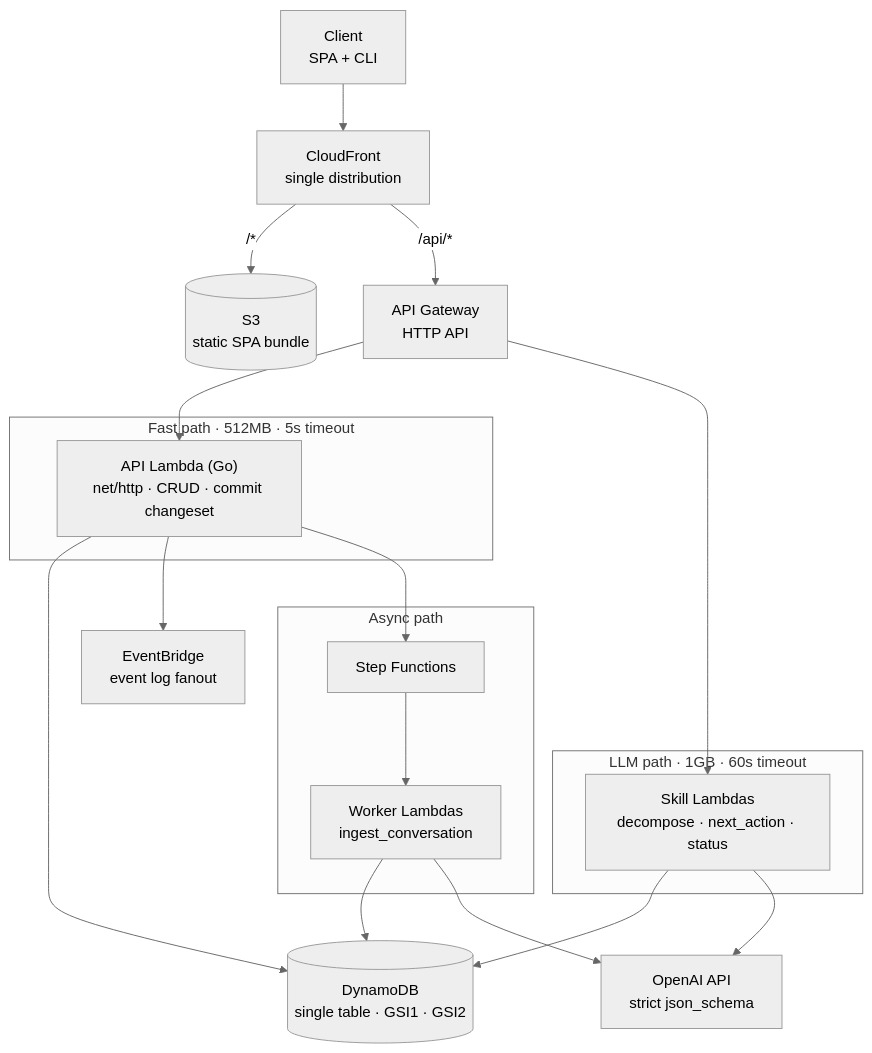
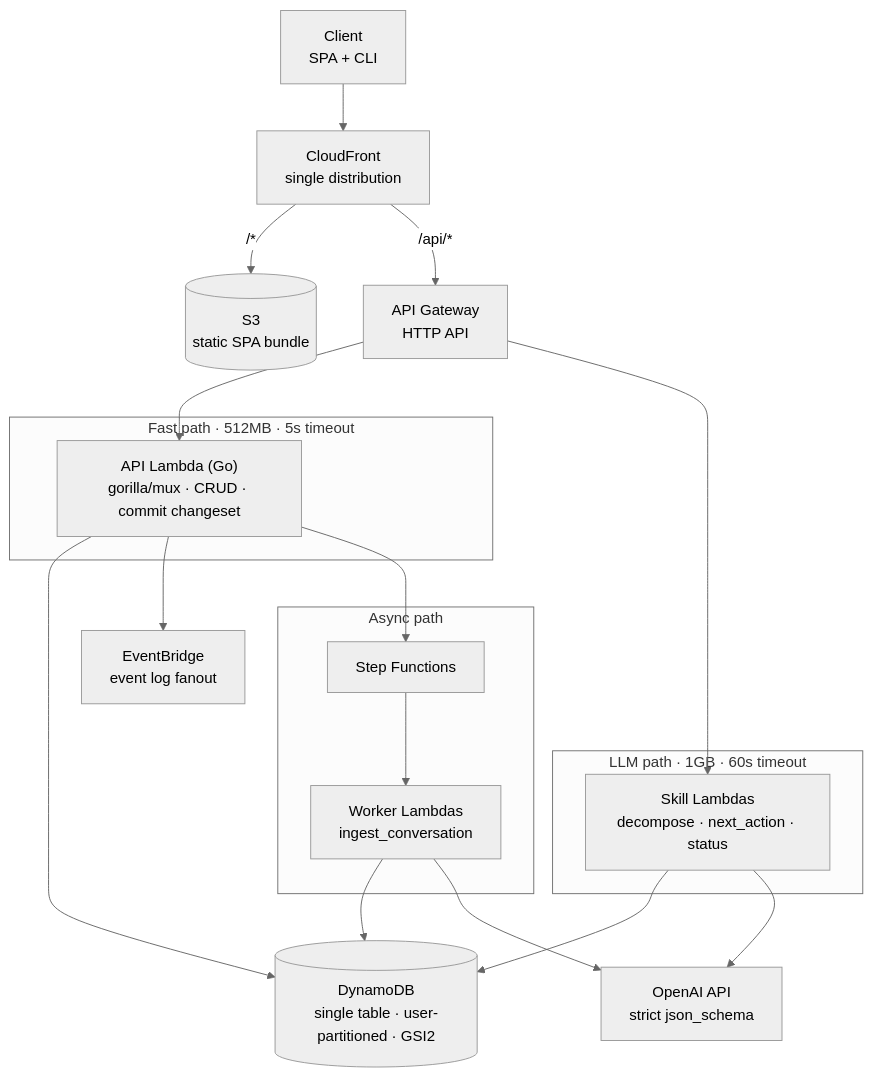
One commit to esvarez/lucas-assist changed the first of 2 diagrams in architecture.md. Above: the diagram before and after it, drawn with Mermaid (neutral theme). The commit also changed other lines of this file and 5 other files, not shown here.

````diff
--- a/architecture.md
+++ b/architecture.md
@@ -11,37 +11,37 @@
 ```mermaid
 flowchart TB
     Client["Client<br/>SPA + CLI"]
     CF["CloudFront<br/>single distribution"]
     S3[("S3<br/>static SPA bundle")]
     APIGW["API Gateway<br/>HTTP API"]
 
     Client --> CF
     CF -->|"/*"| S3
     CF -->|"/api/*"| APIGW
     APIGW --> API
     APIGW --> Skills
 
     subgraph fast["Fast path · 512MB · 5s timeout"]
-        API["API Lambda (Go)<br/>net/http · CRUD · commit changeset"]
+        API["API Lambda (Go)<br/>gorilla/mux · CRUD · commit changeset"]
     end
 
     subgraph slow["LLM path · 1GB · 60s timeout"]
         Skills["Skill Lambdas<br/>decompose · next_action · status"]
     end
 
     subgraph async["Async path"]
         SFN["Step Functions"] --> Worker["Worker Lambdas<br/>ingest_conversation"]
     end
 
     API --> DDB
     API --> EB
     API --> SFN
     Skills --> DDB
     Skills --> OAI
     Worker --> DDB
     Worker --> OAI
 
-    DDB[("DynamoDB<br/>single table · GSI1 · GSI2")]
+    DDB[("DynamoDB<br/>single table · user-partitioned · GSI2")]
     OAI["OpenAI API<br/>strict json_schema"]
     EB["EventBridge<br/>event log fanout"]
 ```
````
